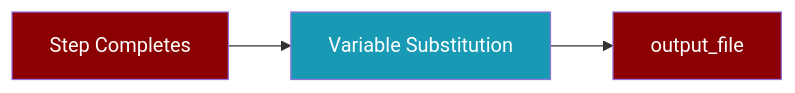
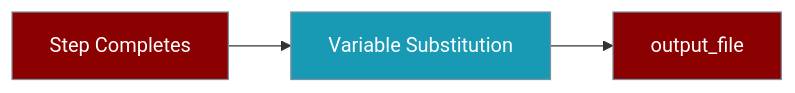
One commit to MervinPraison/PraisonAIDocs changed the fifth of 5 diagrams in docs/features/save-output.mdx. Above: the diagram before and after it, drawn with Mermaid. The commit also changed other lines of this file and 19 other files, not shown here.

First line of the commit message:
docs: fix remaining style→classDef in secondary diagrams (PR #1384 follow-up)

````diff
--- a/docs/features/save-output.mdx
+++ b/docs/features/save-output.mdx
@@ -337,9 +341,10 @@
 ```mermaid
 flowchart LR
     S[Step Completes] --> V[Variable Substitution]
     V --> F[output_file]
     
-    style S fill:#8B0000,color:#fff
-    style V fill:#189AB4,color:#fff
-    style F fill:#8B0000,color:#fff
+    classDef agent fill:#8B0000,stroke:#7C90A0,color:#fff
+    classDef tool fill:#189AB4,stroke:#7C90A0,color:#fff
+    class S,F agent
+    class V tool
 ```
````
